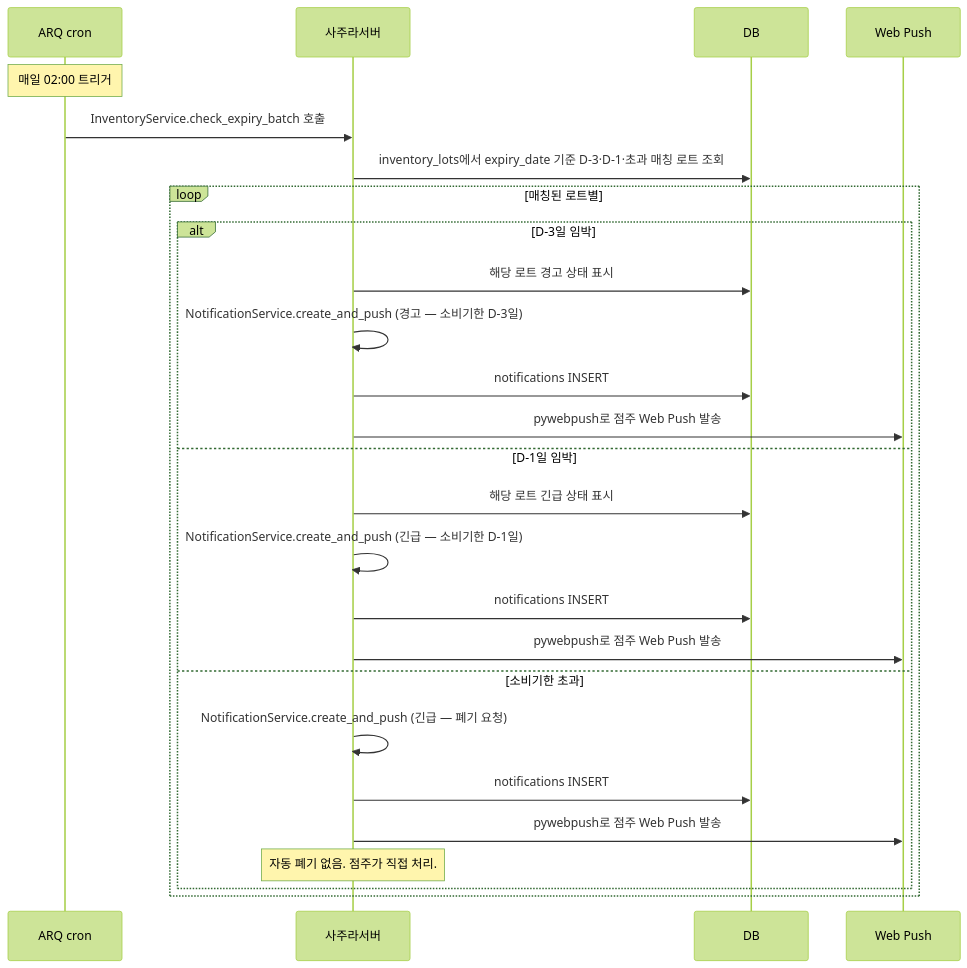
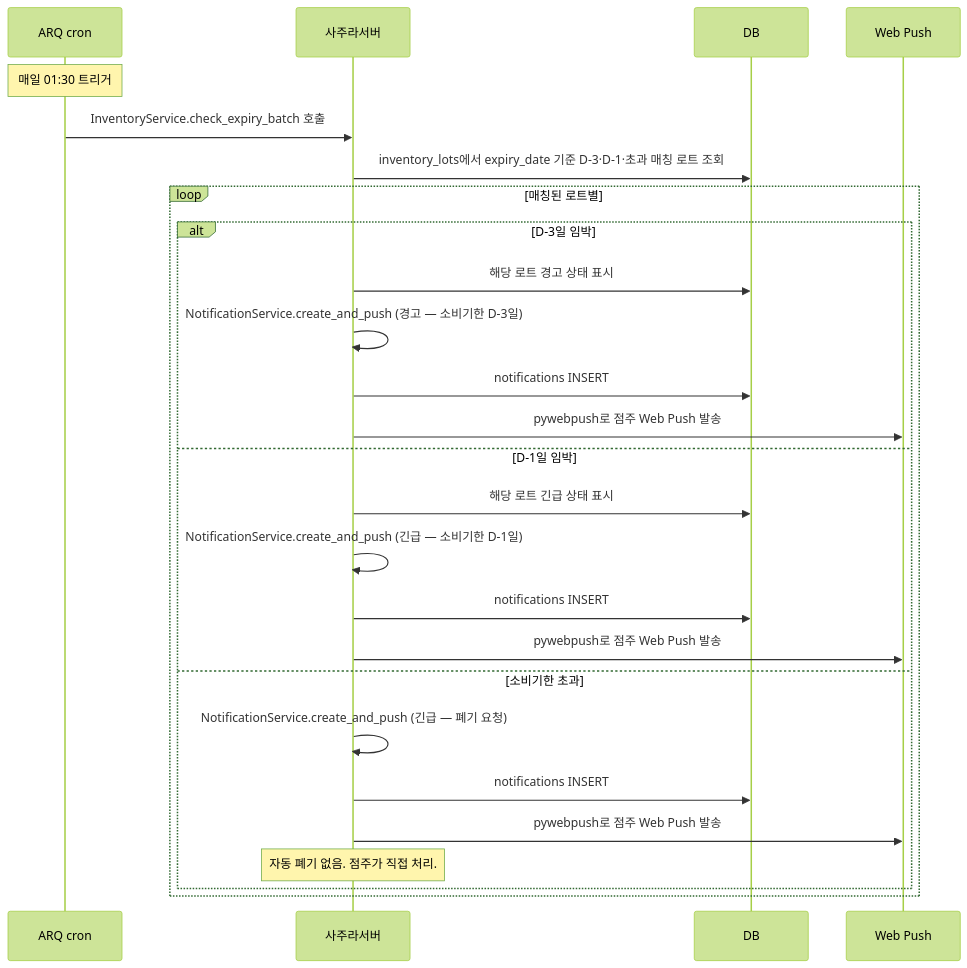
Before and after one commit to h-taek/CapstoneDesign-Sajura: the sixth of 7 diagrams in docs/spec/06_sequence.md, drawn with Mermaid (forest theme). The commit also changed other lines of this file and 15 other files, not shown here.

````diff
--- a/docs/spec/06_sequence.md
+++ b/docs/spec/06_sequence.md
@@ -304,30 +304,30 @@
 ```mermaid
 sequenceDiagram
     participant ARQ as ARQ cron
     participant BE as 사주라서버
     participant DB
     participant Push as Web Push
 
-    Note over ARQ: 매일 02:00 트리거
+    Note over ARQ: 매일 01:30 트리거
     ARQ->>BE: InventoryService.check_expiry_batch 호출
     BE->>DB: inventory_lots에서 expiry_date 기준 D-3·D-1·초과 매칭 로트 조회
 
     loop 매칭된 로트별
         alt D-3일 임박
             BE->>DB: 해당 로트 경고 상태 표시
             BE->>BE: NotificationService.create_and_push (경고 — 소비기한 D-3일)
             BE->>DB: notifications INSERT
             BE->>Push: pywebpush로 점주 Web Push 발송
         else D-1일 임박
             BE->>DB: 해당 로트 긴급 상태 표시
             BE->>BE: NotificationService.create_and_push (긴급 — 소비기한 D-1일)
             BE->>DB: notifications INSERT
             BE->>Push: pywebpush로 점주 Web Push 발송
         else 소비기한 초과
             BE->>BE: NotificationService.create_and_push (긴급 — 폐기 요청)
             BE->>DB: notifications INSERT
             BE->>Push: pywebpush로 점주 Web Push 발송
             Note over BE: 자동 폐기 없음. 점주가 직접 처리.
         end
     end
 ```
````
